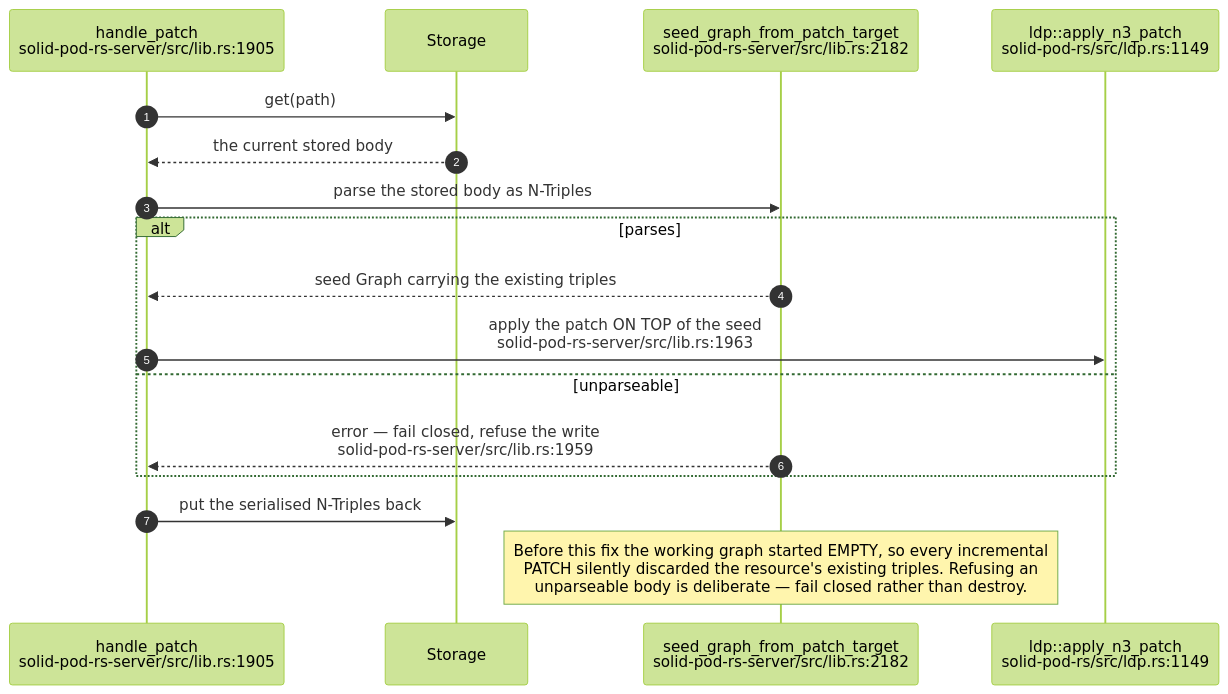
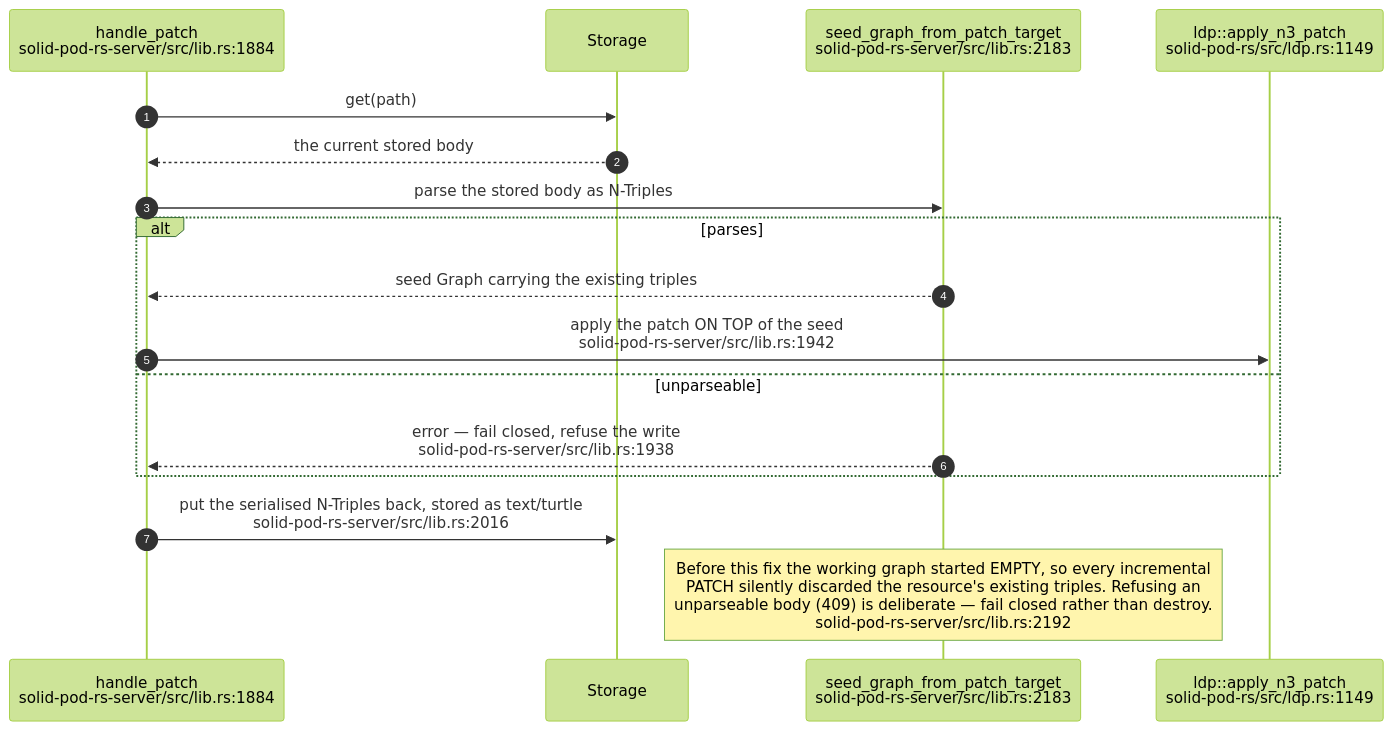
One commit to DreamLab-AI/VisionFlow changed the sixth of 11 diagrams in docs/diagrams/solid-pod-rs/03-ldp-request-lifecycle.md. Above: the diagram before and after it, drawn with Mermaid (forest theme). The commit also changed other lines of this file and 47 other files, not shown here.

````diff
--- a/docs/diagrams/solid-pod-rs/03-ldp-request-lifecycle.md
+++ b/docs/diagrams/solid-pod-rs/03-ldp-request-lifecycle.md
@@ -201,20 +208,20 @@
 ```mermaid
 sequenceDiagram
     autonumber
-    participant P as handle_patch<br/>solid-pod-rs-server/src/lib.rs:1905
+    participant P as handle_patch<br/>solid-pod-rs-server/src/lib.rs:1884
     participant S as Storage
-    participant SG as seed_graph_from_patch_target<br/>solid-pod-rs-server/src/lib.rs:2182
+    participant SG as seed_graph_from_patch_target<br/>solid-pod-rs-server/src/lib.rs:2183
     participant AP as ldp::apply_n3_patch<br/>solid-pod-rs/src/ldp.rs:1149
 
     P->>S: get(path)
     S-->>P: the current stored body
     P->>SG: parse the stored body as N-Triples
     alt parses
         SG-->>P: seed Graph carrying the existing triples
-        P->>AP: apply the patch ON TOP of the seed<br/>solid-pod-rs-server/src/lib.rs:1963
+        P->>AP: apply the patch ON TOP of the seed<br/>solid-pod-rs-server/src/lib.rs:1942
     else unparseable
-        SG-->>P: error — fail closed, refuse the write<br/>solid-pod-rs-server/src/lib.rs:1959
+        SG-->>P: error — fail closed, refuse the write<br/>solid-pod-rs-server/src/lib.rs:1938
     end
-    P->>S: put the serialised N-Triples back
-    Note over SG: Before this fix the working graph started EMPTY, so every incremental<br/>PATCH silently discarded the resource's existing triples. Refusing an<br/>unparseable body is deliberate — fail closed rather than destroy.
+    P->>S: put the serialised N-Triples back, stored as text/turtle<br/>solid-pod-rs-server/src/lib.rs:2016
+    Note over SG: Before this fix the working graph started EMPTY, so every incremental<br/>PATCH silently discarded the resource's existing triples. Refusing an<br/>unparseable body (409) is deliberate — fail closed rather than destroy.<br/>solid-pod-rs-server/src/lib.rs:2192
 ```
````
